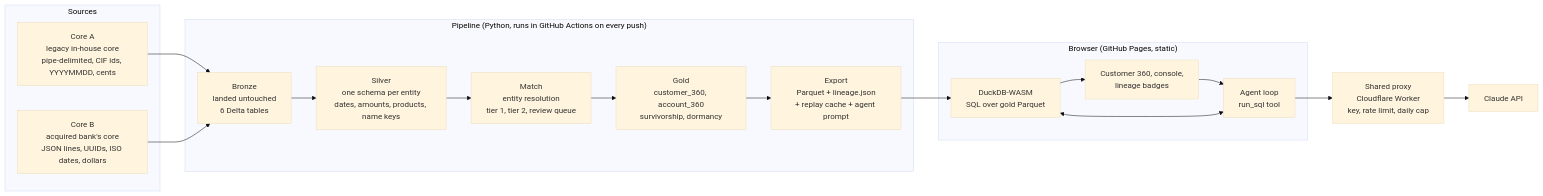
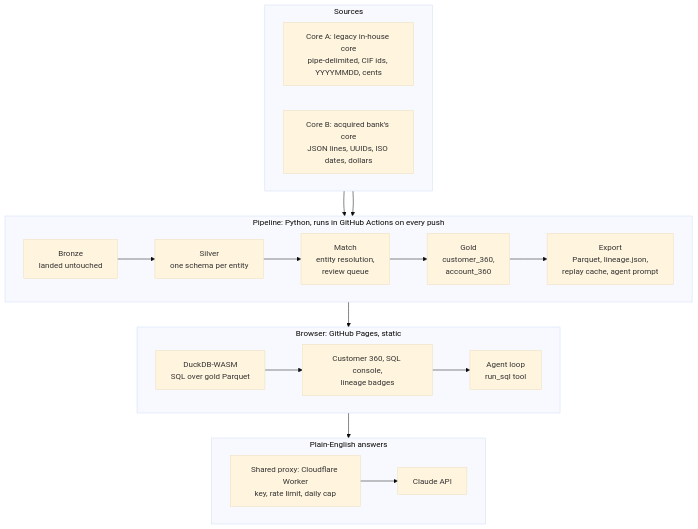
Before and after one commit to calvintirrell/bank-core360: the diagram in README.md, drawn with Mermaid (base theme).

Commit message:
README: stack the architecture diagram vertically for legibility

````diff
--- a/README.md
+++ b/README.md
@@ -37,28 +37,24 @@
 ```mermaid
-flowchart LR
+flowchart TB
     subgraph Sources
-        A[Core A<br/>legacy in-house core<br/>pipe-delimited, CIF ids, YYYYMMDD, cents]
-        B[Core B<br/>acquired bank's core<br/>JSON lines, UUIDs, ISO dates, dollars]
+        direction LR
+        A["Core A: legacy in-house core<br/>pipe-delimited, CIF ids, YYYYMMDD, cents"]
+        B["Core B: acquired bank's core<br/>JSON lines, UUIDs, ISO dates, dollars"]
     end
-    subgraph Pipeline["Pipeline (Python, runs in GitHub Actions on every push)"]
-        BR[Bronze<br/>landed untouched<br/>6 Delta tables]
-        SV[Silver<br/>one schema per entity<br/>dates, amounts, products, name keys]
-        MT[Match<br/>entity resolution<br/>tier 1, tier 2, review queue]
-        GD[Gold<br/>customer_360, account_360<br/>survivorship, dormancy]
-        EX[Export<br/>Parquet + lineage.json<br/>+ replay cache + agent prompt]
+    subgraph Pipeline["Pipeline: Python, runs in GitHub Actions on every push"]
+        direction LR
+        BR["Bronze<br/>landed untouched"] --> SV["Silver<br/>one schema per entity"] --> MT["Match<br/>entity resolution,<br/>review queue"] --> GD["Gold<br/>customer_360,<br/>account_360"] --> EX["Export<br/>Parquet, lineage.json,<br/>replay cache, agent prompt"]
     end
-    subgraph Browser["Browser (GitHub Pages, static)"]
-        DB[DuckDB-WASM<br/>SQL over gold Parquet]
-        UI[Customer 360, console,<br/>lineage badges]
-        AG[Agent loop<br/>run_sql tool]
+    subgraph Browser["Browser: GitHub Pages, static"]
+        direction LR
+        DB["DuckDB-WASM<br/>SQL over gold Parquet"] --> UI["Customer 360, SQL console,<br/>lineage badges"] --> AG["Agent loop<br/>run_sql tool"]
     end
-    PX[Shared proxy<br/>Cloudflare Worker<br/>key, rate limit, daily cap]
-    CL[Claude API]
+    subgraph AI["Plain-English answers"]
+        direction LR
+        PX["Shared proxy: Cloudflare Worker<br/>key, rate limit, daily cap"] --> CL["Claude API"]
+    end
     A --> BR
     B --> BR
-    BR --> SV --> MT --> GD --> EX
-    EX --> DB --> UI
-    UI --> AG
-    AG <--> DB
-    AG --> PX --> CL
+    EX --> DB
+    AG --> PX
 ```
````
